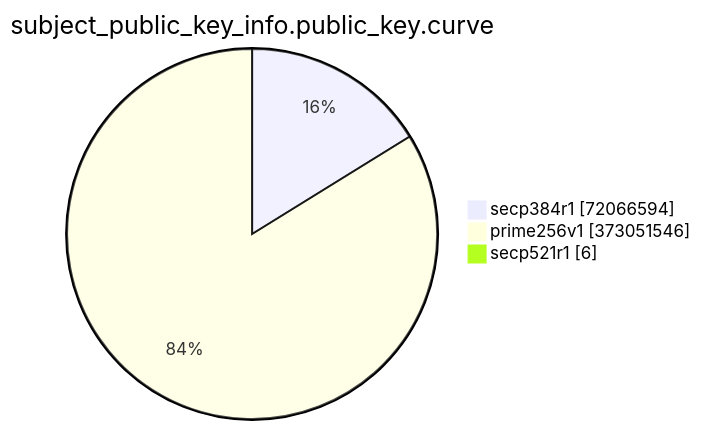
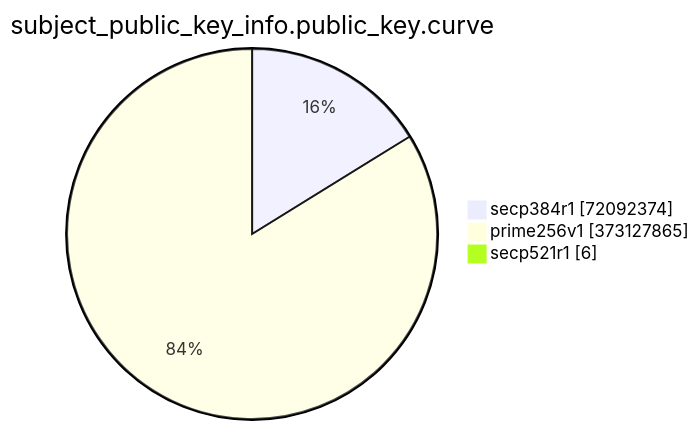
The eighth of 15 diagrams in TOTAL/README.md (christiankrug/ctmonitor_visualization), drawn with Mermaid before and after one commit. The commit also changed other lines of this file, not shown here.

````diff
--- a/TOTAL/README.md
+++ b/TOTAL/README.md
@@ -3094,7 +3094,7 @@
 ```mermaid
 pie showData
 title subject_public_key_info.public_key.curve
-"secp384r1" :72066594
-"prime256v1" :373051546
+"secp384r1" :72092374
+"prime256v1" :373127865
 "secp521r1" :6
 ```
````
